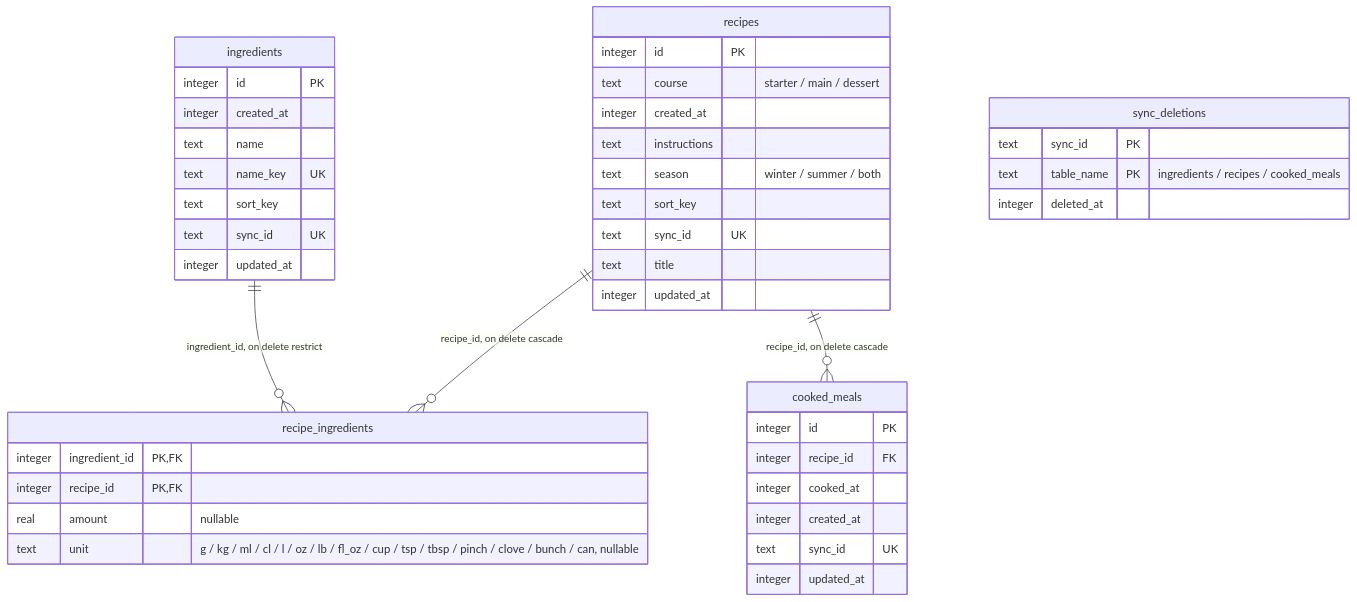
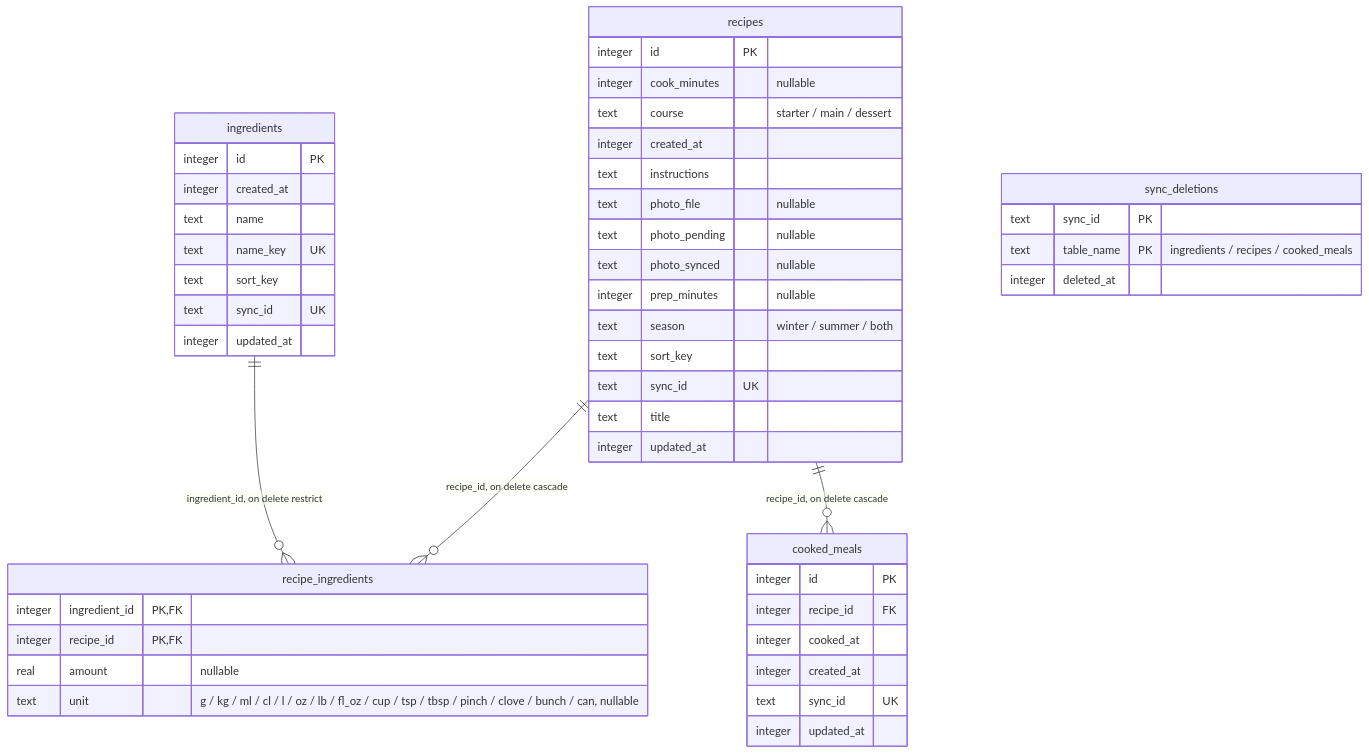
The diagram in docs/database.md (someoneinthe/dishes-cook), drawn with Mermaid before and after one commit. The commit also changed other lines of this file and 53 other files, not shown here.

````diff
--- a/docs/database.md
+++ b/docs/database.md
@@ -10,45 +10,50 @@
 ```mermaid
 erDiagram
   cooked_meals {
     integer id PK
     integer recipe_id FK
     integer cooked_at
     integer created_at
     text sync_id UK
     integer updated_at
   }
   ingredients {
     integer id PK
     integer created_at
     text name
     text name_key UK
     text sort_key
     text sync_id UK
     integer updated_at
   }
   recipe_ingredients {
     integer ingredient_id PK, FK
     integer recipe_id PK, FK
     real amount "nullable"
     text unit "g / kg / ml / cl / l / oz / lb / fl_oz / cup / tsp / tbsp / pinch / clove / bunch / can, nullable"
   }
   recipes {
     integer id PK
+    integer cook_minutes "nullable"
     text course "starter / main / dessert"
     integer created_at
     text instructions
+    text photo_file "nullable"
+    text photo_pending "nullable"
+    text photo_synced "nullable"
+    integer prep_minutes "nullable"
     text season "winter / summer / both"
     text sort_key
     text sync_id UK
     text title
     integer updated_at
   }
   sync_deletions {
     text sync_id PK
     text table_name PK "ingredients / recipes / cooked_meals"
     integer deleted_at
   }
   recipes ||--o{ cooked_meals : "recipe_id, on delete cascade"
   ingredients ||--o{ recipe_ingredients : "ingredient_id, on delete restrict"
   recipes ||--o{ recipe_ingredients : "recipe_id, on delete cascade"
 ```
````
